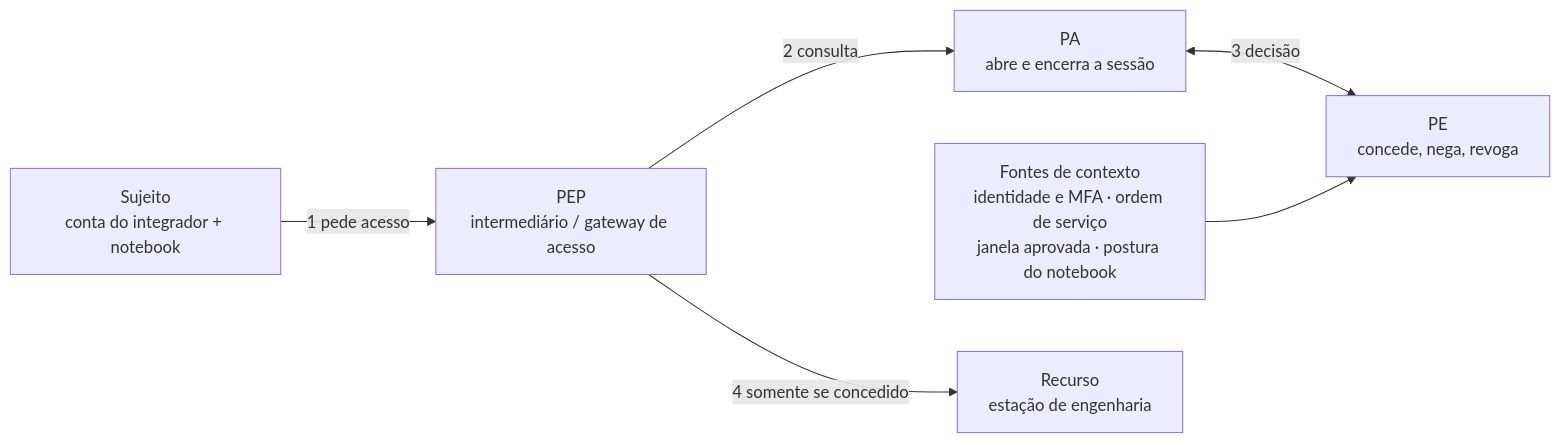
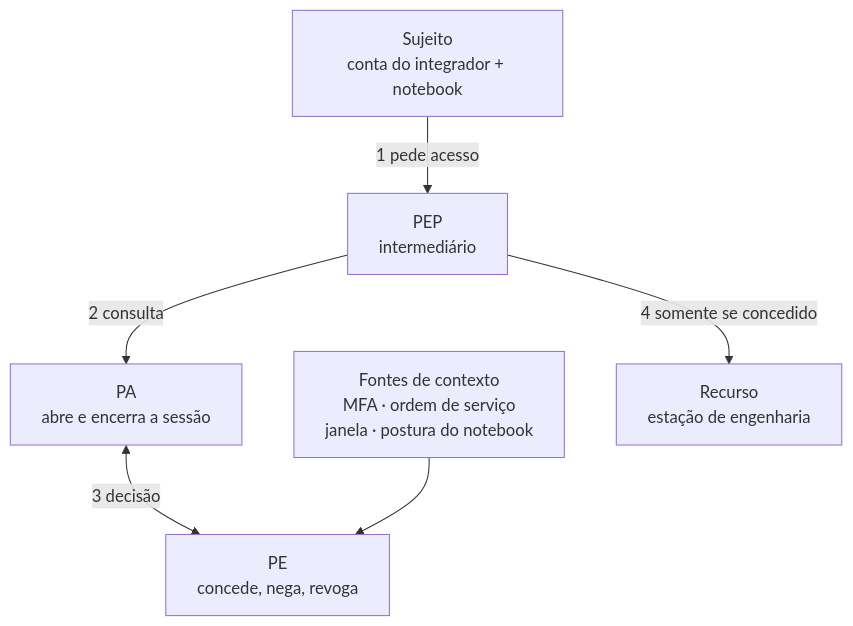
The diagram in docs/aulas/A20-validacao-ot-pentest.md (rafaelrezo/seguranca-digital), drawn with Mermaid before and after one commit. The commit also changed other lines of this file and 2 other files, not shown here.

Commit message:
A20: incorpora imagem 36 (alcance do zero trust) e verticaliza o fluxo PE/PA/PEP

````diff
--- a/docs/aulas/A20-validacao-ot-pentest.md
+++ b/docs/aulas/A20-validacao-ot-pentest.md
@@ -94,8 +94,8 @@
 ```mermaid
-flowchart LR
-    S["Sujeito<br/>conta do integrador + notebook"] -->|"1 pede acesso"| PEP["PEP<br/>intermediário / gateway de acesso"]
+flowchart TB
+    S["Sujeito<br/>conta do integrador + notebook"] -->|"1 pede acesso"| PEP["PEP<br/>intermediário"]
     PEP -->|"2 consulta"| PA["PA<br/>abre e encerra a sessão"]
     PA <-->|"3 decisão"| PE["PE<br/>concede, nega, revoga"]
-    F["Fontes de contexto<br/>identidade e MFA · ordem de serviço<br/>janela aprovada · postura do notebook"] --> PE
+    F["Fontes de contexto<br/>MFA · ordem de serviço<br/>janela · postura do notebook"] --> PE
     PEP -->|"4 somente se concedido"| R["Recurso<br/>estação de engenharia"]
 ```
````
